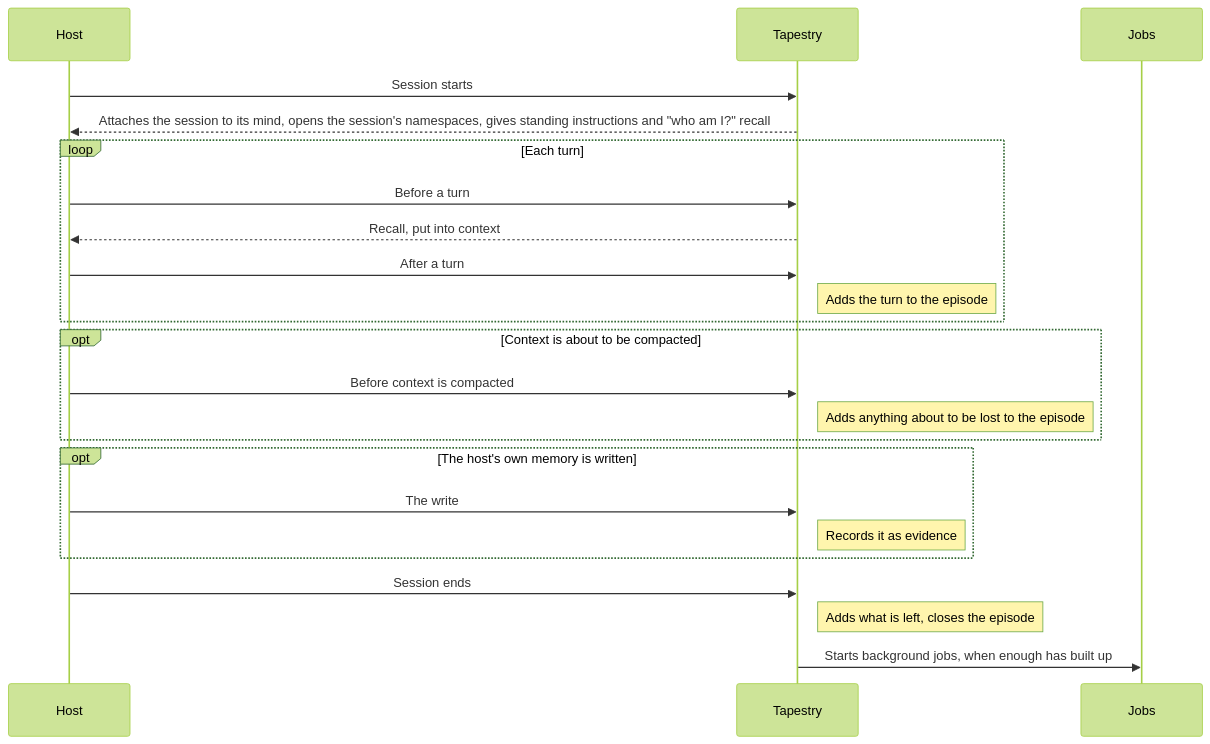
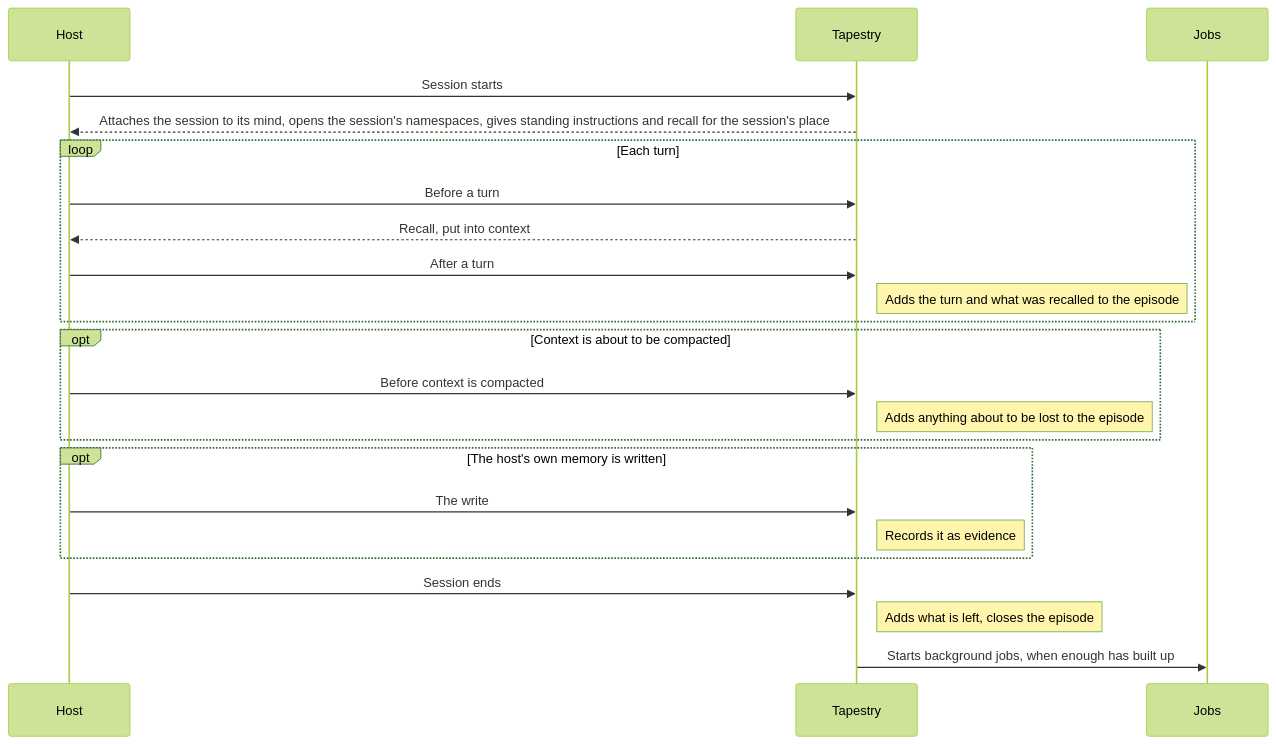
Before and after one commit to willregelmann/tapestry: the diagram in docs/interfaces/HOOKS.md, drawn with Mermaid (forest theme). The commit also changed other lines of this file and 13 other files, not shown here.

````diff
--- a/docs/interfaces/HOOKS.md
+++ b/docs/interfaces/HOOKS.md
@@ -16,25 +16,25 @@
 ```mermaid
 sequenceDiagram
     participant H as Host
     participant T as Tapestry
     participant J as Jobs
     H->>T: Session starts
-    T-->>H: Attaches the session to its mind, opens the session's namespaces, gives standing instructions and "who am I?" recall
+    T-->>H: Attaches the session to its mind, opens the session's namespaces, gives standing instructions and recall for the session's place
     loop Each turn
         H->>T: Before a turn
         T-->>H: Recall, put into context
         H->>T: After a turn
-        Note right of T: Adds the turn to the episode
+        Note right of T: Adds the turn and what was recalled to the episode
     end
     opt Context is about to be compacted
         H->>T: Before context is compacted
         Note right of T: Adds anything about to be lost to the episode
     end
     opt The host's own memory is written
         H->>T: The write
         Note right of T: Records it as evidence
     end
     H->>T: Session ends
     Note right of T: Adds what is left, closes the episode
     T->>J: Starts background jobs, when enough has built up
 ```
````
